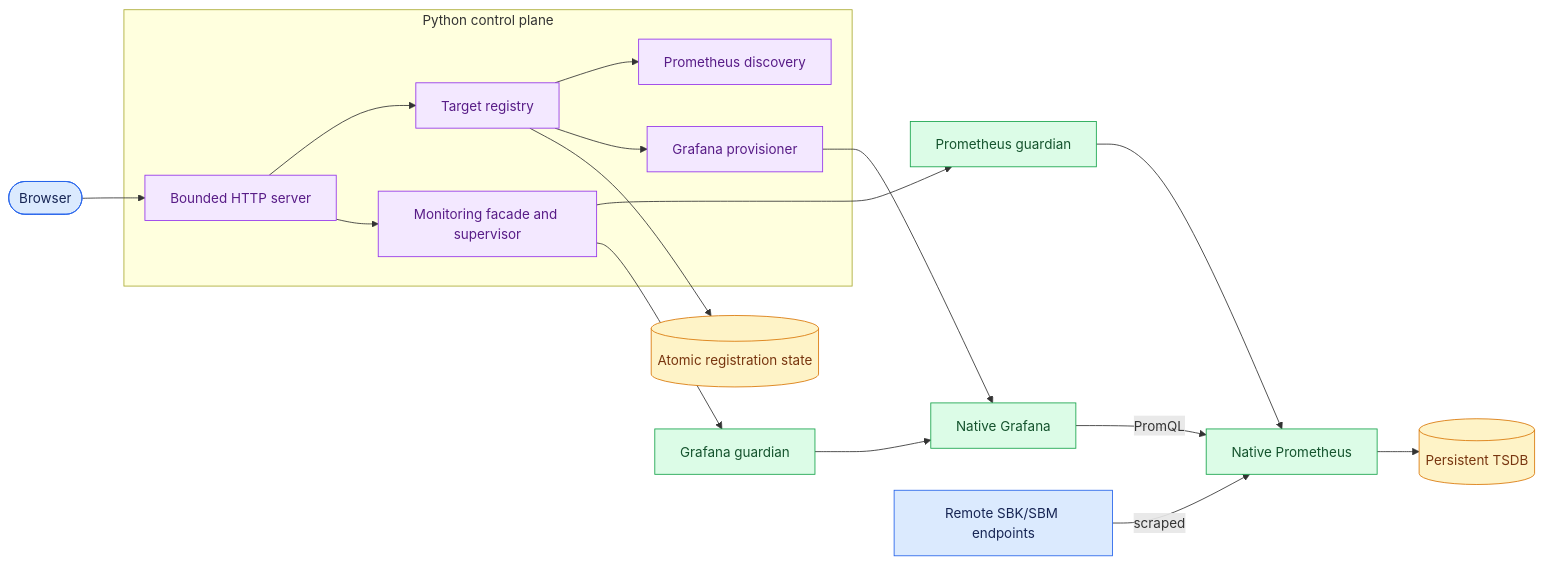
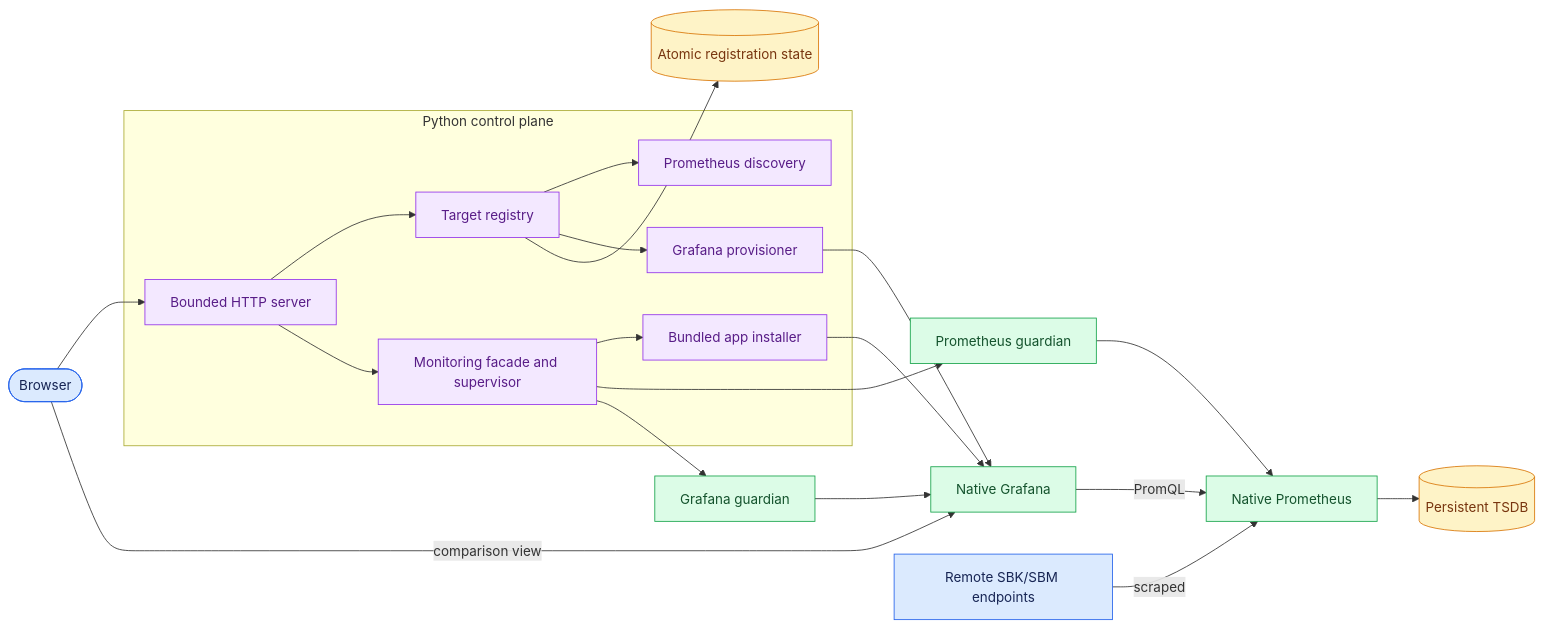
One commit to kmgowda/sbk-dashboard changed the first of 4 diagrams in docs/ARCHITECTURE.md. Above: the diagram before and after it, drawn with Mermaid. The commit also changed other lines of this file and 51 other files, not shown here.

````diff
--- a/docs/ARCHITECTURE.md
+++ b/docs/ARCHITECTURE.md
@@ -22,33 +22,37 @@
 ```mermaid
 flowchart LR
     Browser([Browser]) --> HTTP
     subgraph Python[Python control plane]
         HTTP[Bounded HTTP server]
         Registry[Target registry]
         Discovery[Prometheus discovery]
         Provisioner[Grafana provisioner]
+        PluginInstaller[Bundled app installer]
         Stack[Monitoring facade and supervisor]
         HTTP --> Registry
         Registry --> Discovery
         Registry --> Provisioner
+        Stack --> PluginInstaller
         HTTP --> Stack
     end
     Registry --> State[(Atomic registration state)]
     Stack --> PG[Prometheus guardian]
     Stack --> GG[Grafana guardian]
     PG --> Prometheus[Native Prometheus]
     GG --> Grafana[Native Grafana]
+    Browser -->|comparison view| Grafana
     Exporters[Remote SBK/SBM endpoints] -->|scraped| Prometheus
     Prometheus --> TSDB[(Persistent TSDB)]
     Grafana -->|PromQL| Prometheus
     Provisioner --> Grafana
+    PluginInstaller --> Grafana
 
     classDef user fill:#dbeafe,stroke:#2563eb,color:#172554;
     classDef control fill:#f3e8ff,stroke:#9333ea,color:#581c87;
     classDef native fill:#dcfce7,stroke:#16a34a,color:#14532d;
     classDef state fill:#fef3c7,stroke:#d97706,color:#78350f;
     class Browser,Exporters user;
-    class HTTP,Registry,Discovery,Provisioner,Stack control;
+    class HTTP,Registry,Discovery,Provisioner,PluginInstaller,Stack control;
     class PG,GG,Prometheus,Grafana native;
     class State,TSDB state;
 ```
````
